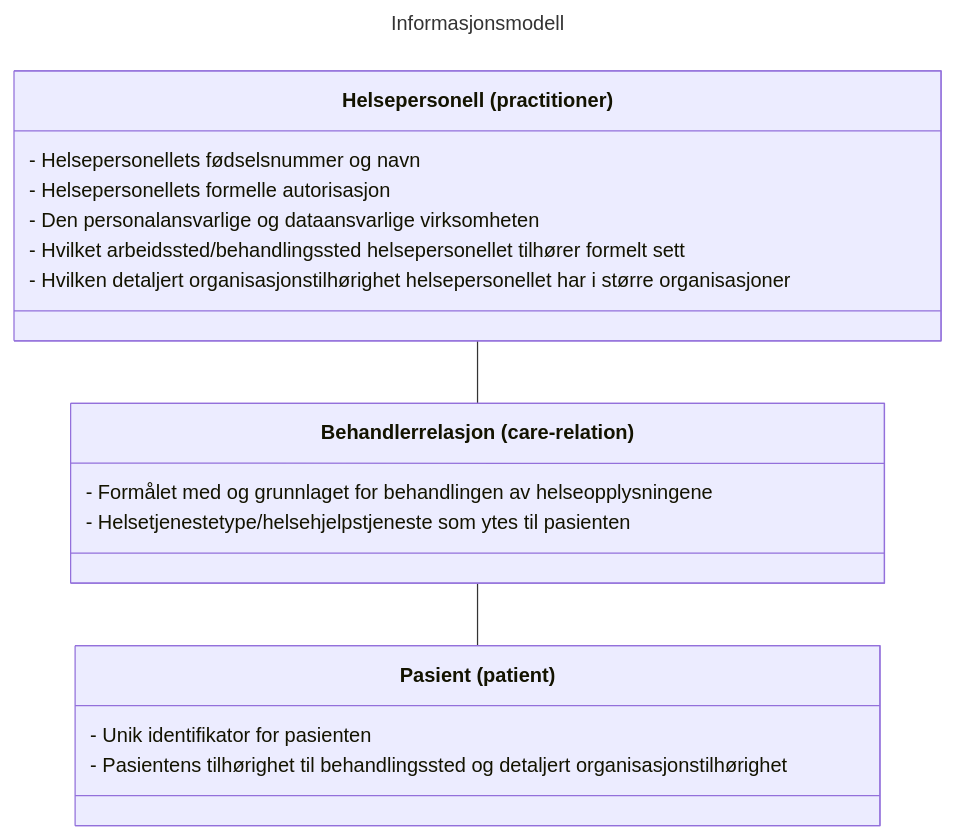
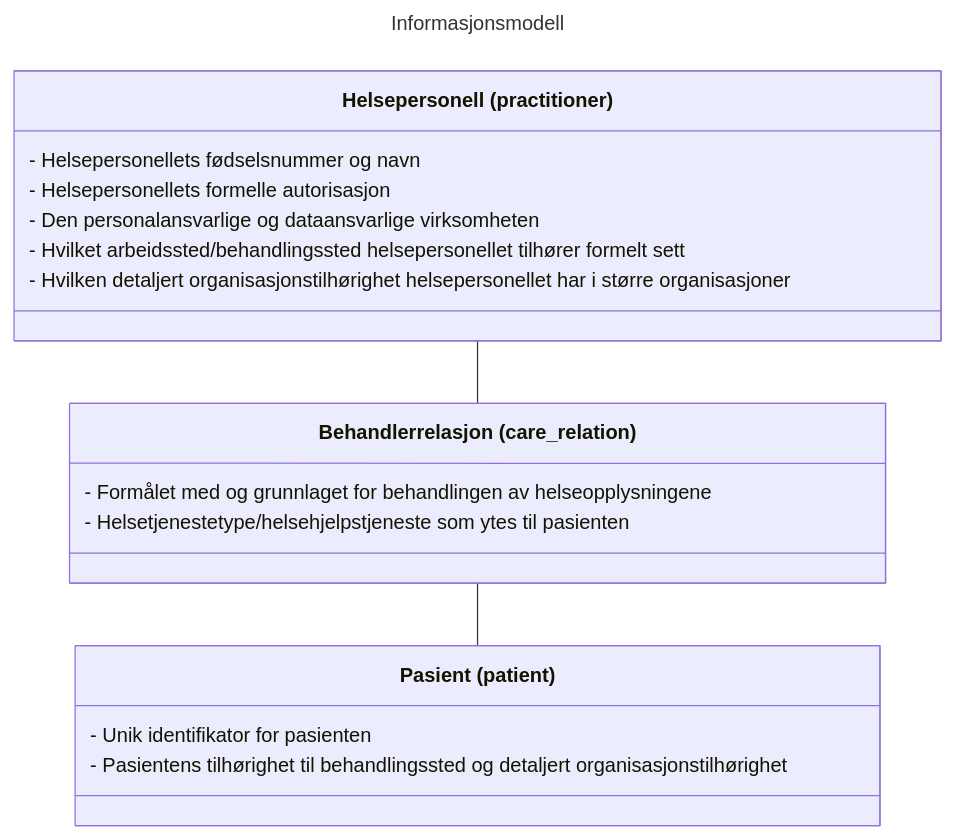
The first of 3 diagrams in specs/informasjons_og_datamodell.md (NorskHelsenett/Tillitsrammeverk), drawn with Mermaid before and after one commit. The commit also changed other lines of this file and 1 other file, not shown here.

````diff
--- a/specs/informasjons_og_datamodell.md
+++ b/specs/informasjons_og_datamodell.md
@@ -146,27 +146,27 @@
 ```mermaid
 ---
 title: Informasjonsmodell
 ---
 classDiagram
 	Practitioner -- CareRelation
 	CareRelation -- Patient
 
     class Practitioner["Helsepersonell (practitioner)"] {
 		- Helsepersonellets fødselsnummer og navn
 		- Helsepersonellets formelle autorisasjon
 		- Den personalansvarlige og dataansvarlige virksomheten
 		- Hvilket arbeidssted/behandlingssted helsepersonellet tilhører formelt sett
 		- Hvilken detaljert organisasjonstilhørighet helsepersonellet har i større organisasjoner
     }
 
-    class CareRelation["Behandlerrelasjon (care-relation)"] {
+    class CareRelation["Behandlerrelasjon (care_relation)"] {
 		- Formålet med og grunnlaget for behandlingen av helseopplysningene
 		- Helsetjenestetype/helsehjelpstjeneste som ytes til pasienten
     }
 
     class Patient["Pasient (patient)"] {
 		- Unik identifikator for pasienten
 		- Pasientens tilhørighet til behandlingssted og detaljert organisasjonstilhørighet
     }
 
 ```
````
